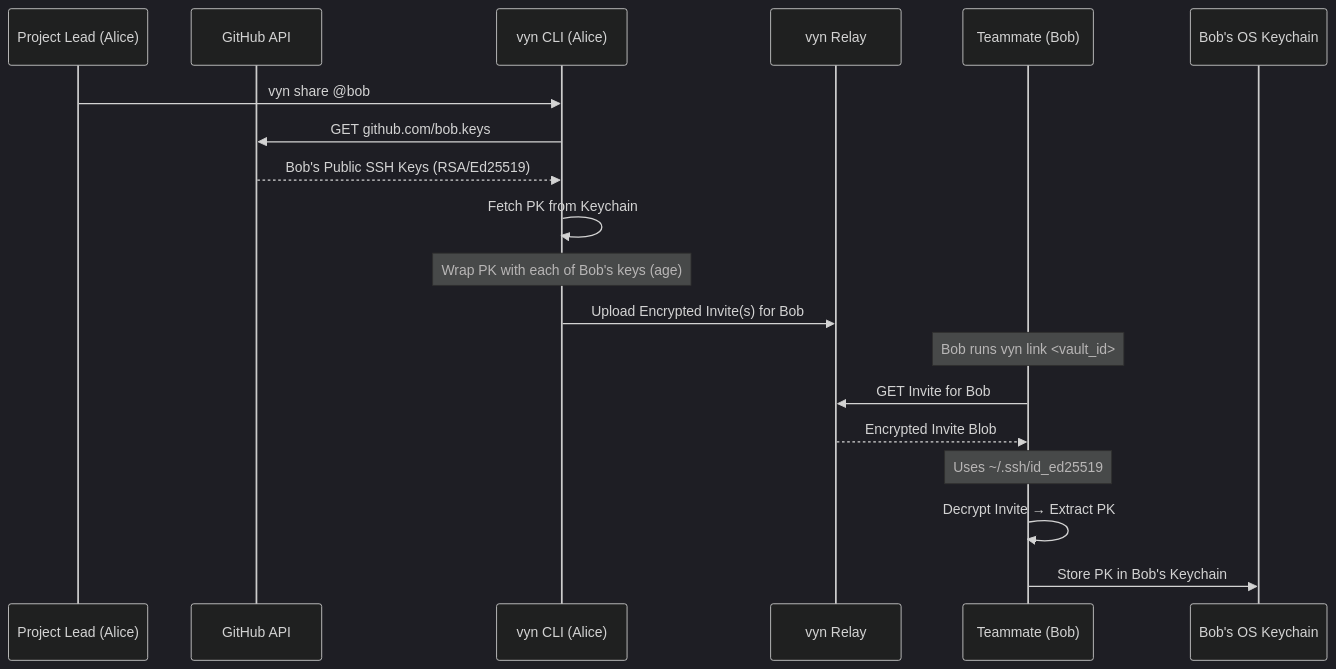
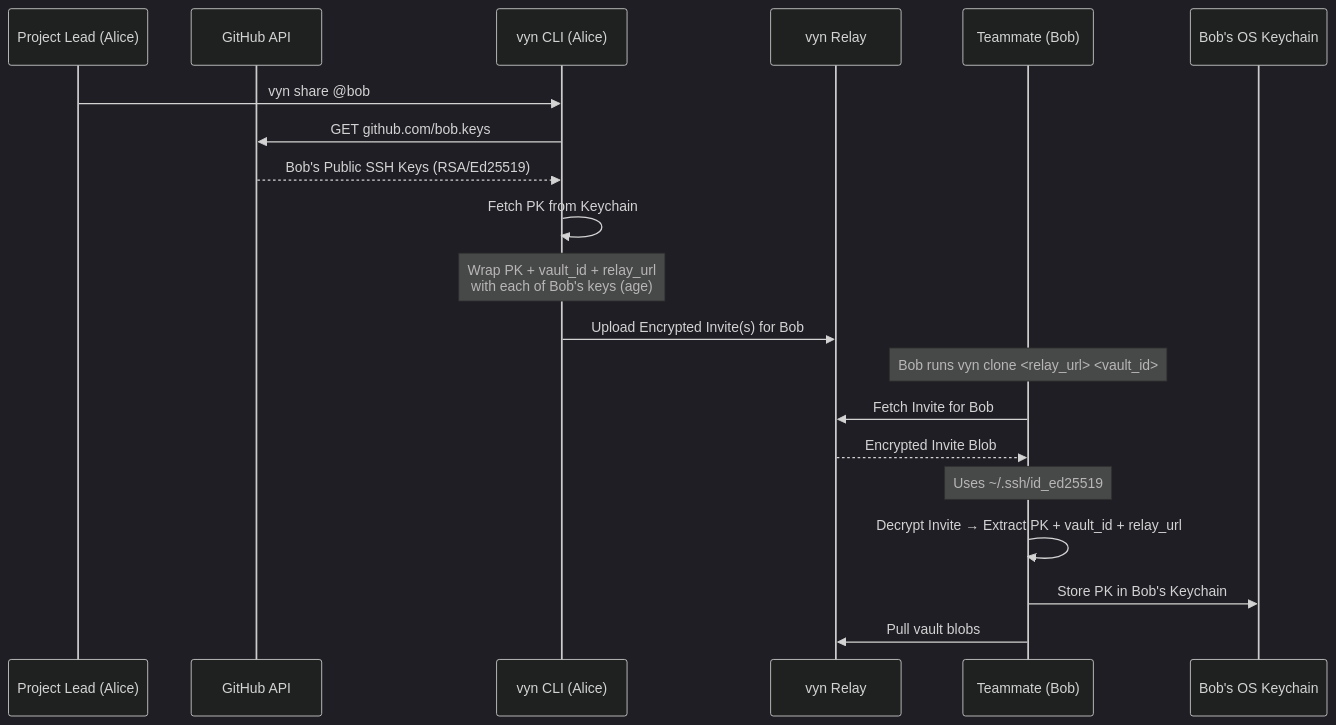
Before and after one commit to arnonsang/vyn: the diagram in docs/src/key-management/sharing.md, drawn with Mermaid (dark theme). The commit also changed other lines of this file and 44 other files, not shown here.

First line of the commit message:
feat: v0.1.3 - dx improvements, clone, relay inspection, vyn update

````diff
--- a/docs/src/key-management/sharing.md
+++ b/docs/src/key-management/sharing.md
@@ -7,26 +17,27 @@
 ```mermaid
 sequenceDiagram
     participant Lead as Project Lead (Alice)
     participant GH as GitHub API
     participant CLI as vyn CLI (Alice)
     participant Cloud as vyn Relay
     participant Peer as Teammate (Bob)
     participant OS as Bob's OS Keychain
 
     Lead->>CLI: vyn share @bob
     CLI->>GH: GET github.com/bob.keys
     GH-->>CLI: Bob's Public SSH Keys (RSA/Ed25519)
 
     CLI->>CLI: Fetch PK from Keychain
-    Note over CLI: Wrap PK with each of Bob's keys (age)
+    Note over CLI: Wrap PK + vault_id + relay_url<br/>with each of Bob's keys (age)
 
     CLI->>Cloud: Upload Encrypted Invite(s) for Bob
 
-    Note over Peer: Bob runs vyn link <vault_id>
-    Peer->>Cloud: GET Invite for Bob
+    Note over Peer: Bob runs vyn clone <relay_url> <vault_id>
+    Peer->>Cloud: Fetch Invite for Bob
     Cloud-->>Peer: Encrypted Invite Blob
 
     Note over Peer: Uses ~/.ssh/id_ed25519
-    Peer->>Peer: Decrypt Invite → Extract PK
+    Peer->>Peer: Decrypt Invite → Extract PK + vault_id + relay_url
     Peer->>OS: Store PK in Bob's Keychain
+    Peer->>Cloud: Pull vault blobs
 ```
````
